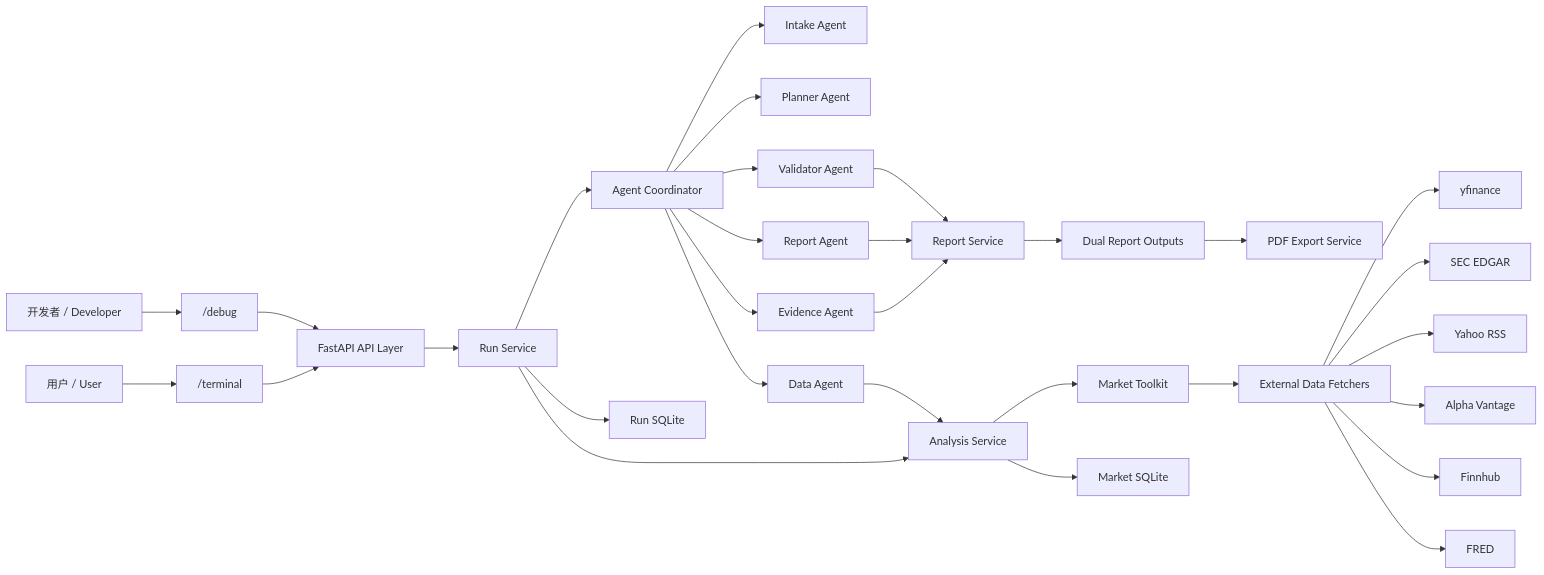
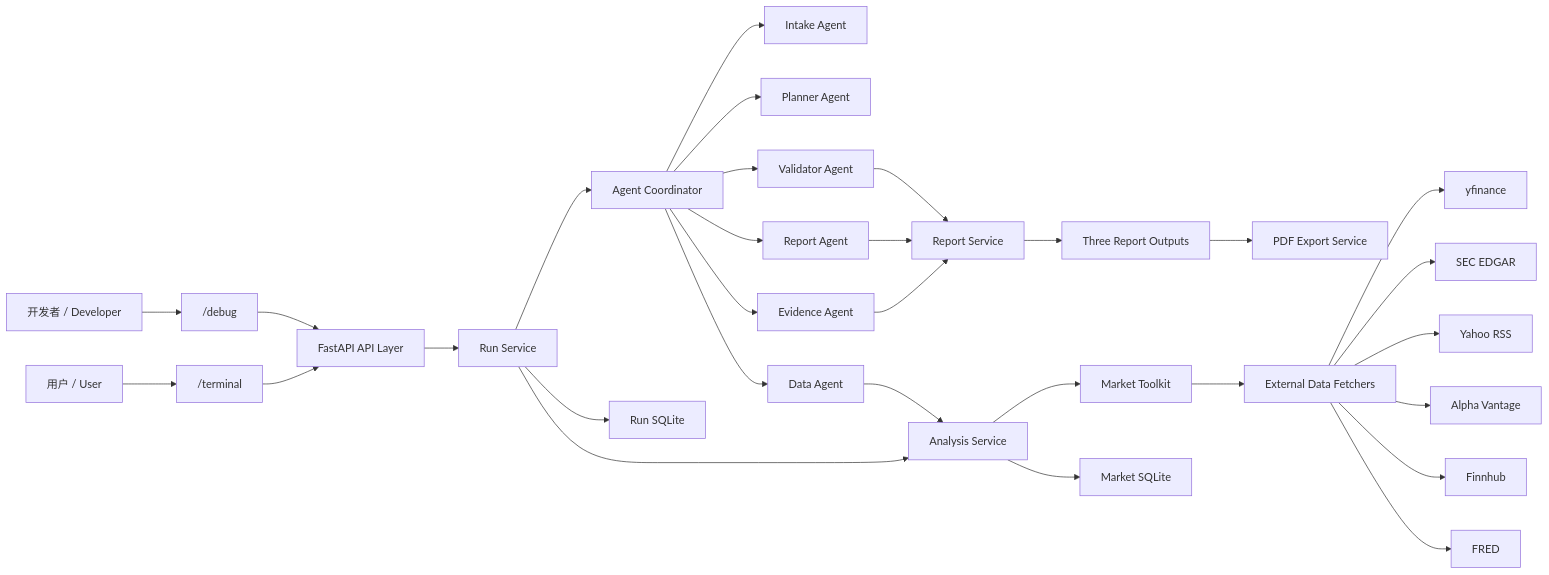
Before and after one commit to kevin32kouyu-lab/kevin-financial-agent: the first of 2 diagrams in README.md, drawn with Mermaid. The commit also changed other lines of this file and 27 other files, not shown here.

````diff
--- a/README.md
+++ b/README.md
@@ -245,35 +246,35 @@
 ```mermaid
 flowchart LR
     U["用户 / User"] --> T["/terminal"]
     D["开发者 / Developer"] --> G["/debug"]
     T --> API["FastAPI API Layer"]
     G --> API
 
     API --> RUN["Run Service"]
     RUN --> COORD["Agent Coordinator"]
     COORD --> INTAKE["Intake Agent"]
     COORD --> PLAN["Planner Agent"]
     COORD --> DATAAGENT["Data Agent"]
     COORD --> EVIDENCE["Evidence Agent"]
     COORD --> REPORTAGENT["Report Agent"]
     COORD --> VALIDATOR["Validator Agent"]
     RUN --> ANALYSIS["Analysis Service"]
     DATAAGENT --> ANALYSIS
     EVIDENCE --> REPORT["Report Service"]
     REPORTAGENT --> REPORT
     VALIDATOR --> REPORT
-    REPORT --> OUTPUTS["Dual Report Outputs"]
+    REPORT --> OUTPUTS["Three Report Outputs"]
     OUTPUTS --> PDF["PDF Export Service"]
     ANALYSIS --> TOOLKIT["Market Toolkit"]
 
     TOOLKIT --> FETCH["External Data Fetchers"]
     FETCH --> YF["yfinance"]
     FETCH --> SEC["SEC EDGAR"]
     FETCH --> RSS["Yahoo RSS"]
     FETCH --> AV["Alpha Vantage"]
     FETCH --> FH["Finnhub"]
     FETCH --> FRED["FRED"]
 
     RUN --> RUNDB["Run SQLite"]
     ANALYSIS --> MARKETDB["Market SQLite"]
 ```
````
